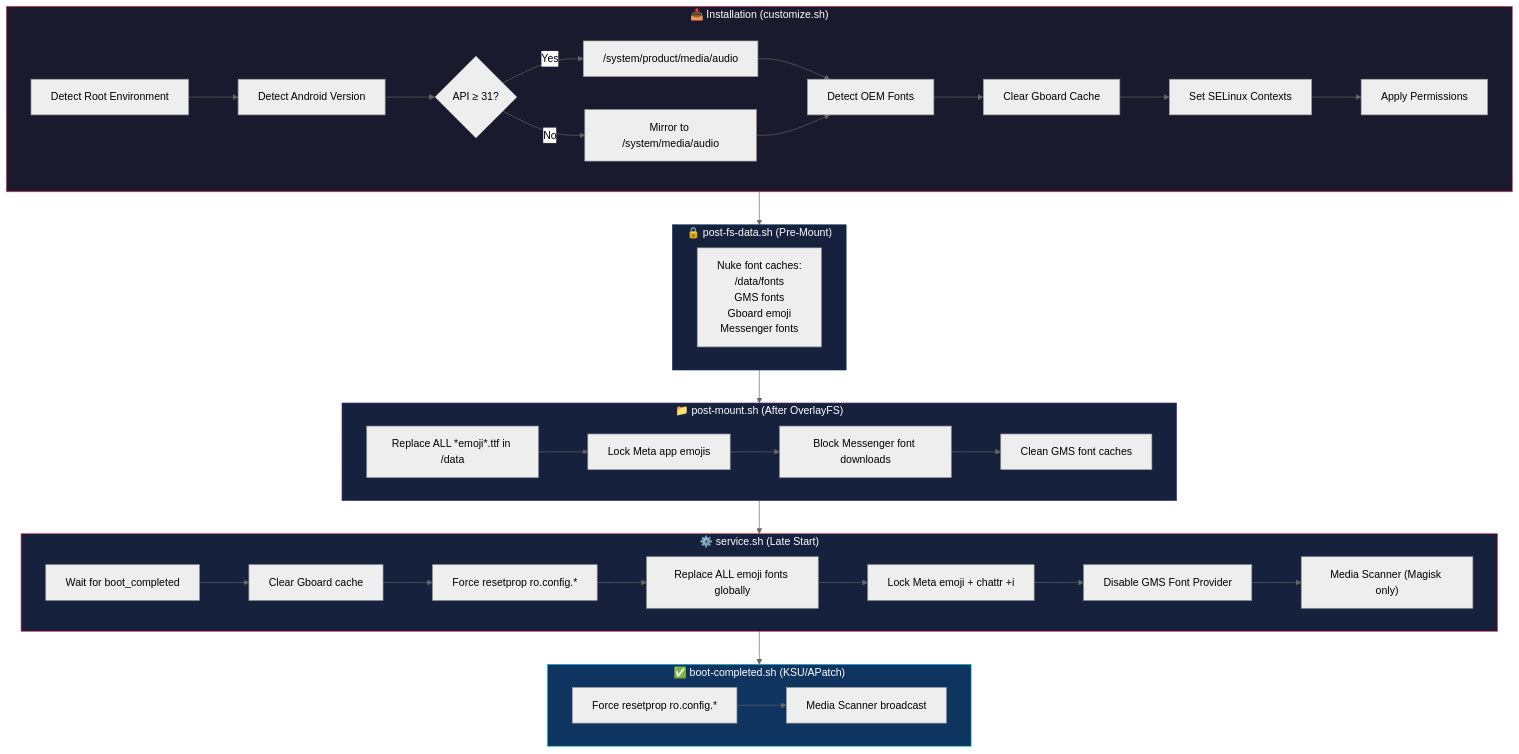
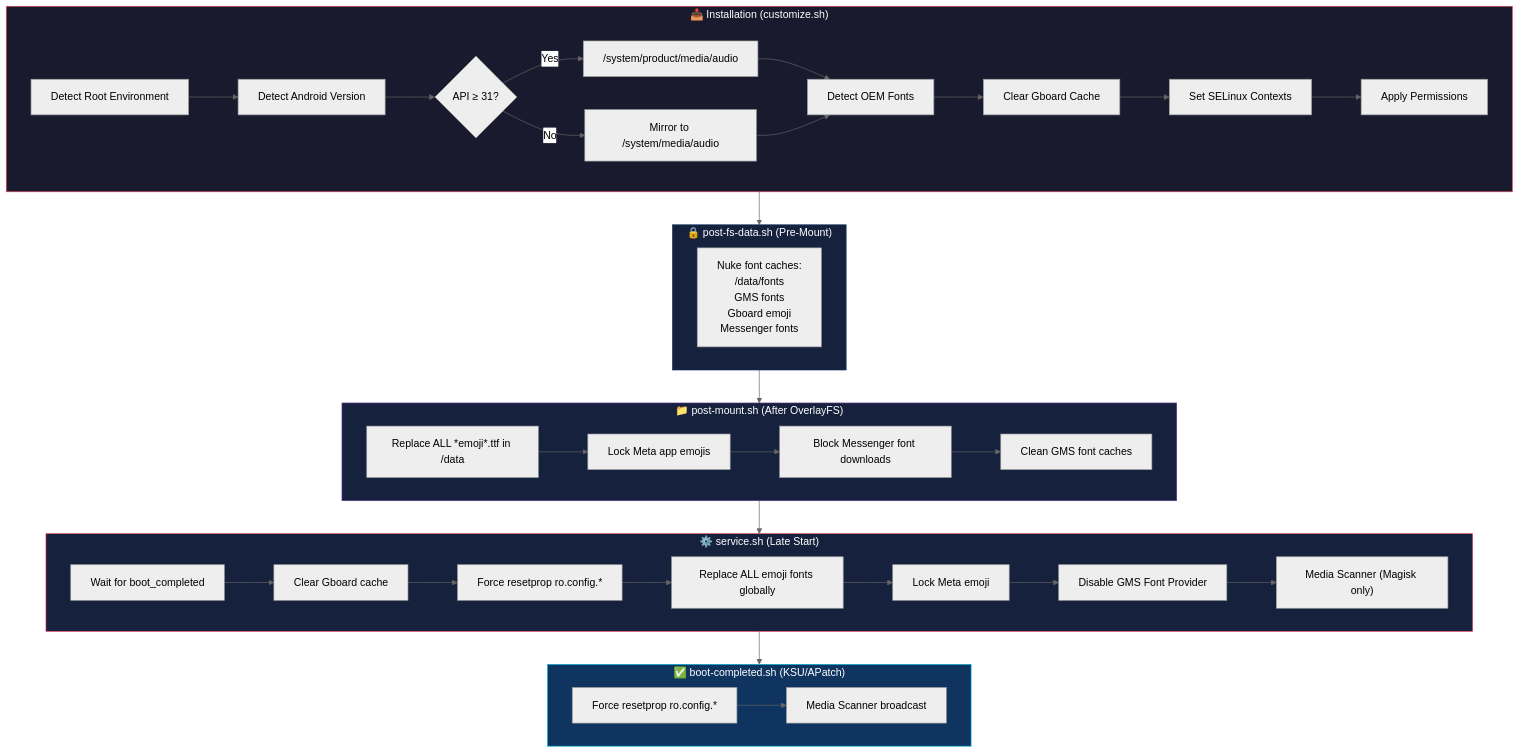
The first of 2 diagrams in README.md (antoniomalheirs/Sound_And_Emoji_IOS), drawn with Mermaid (neutral theme) before and after one commit. The commit also changed other lines of this file and 5 other files, not shown here.

````diff
--- a/README.md
+++ b/README.md
@@ -223,48 +223,48 @@
 ```mermaid
 graph TD
     subgraph INSTALL["📥 Installation (customize.sh)"]
         I1[Detect Root Environment] --> I2[Detect Android Version]
         I2 --> I3{API ≥ 31?}
         I3 -- Yes --> I4["/system/product/media/audio"]
         I3 -- No --> I5["Mirror to /system/media/audio"]
         I4 --> I6[Detect OEM Fonts]
         I5 --> I6
         I6 --> I7[Clear Gboard Cache]
         I7 --> I8[Set SELinux Contexts]
         I8 --> I9[Apply Permissions]
     end
 
     subgraph BOOT1["🔒 post-fs-data.sh (Pre-Mount)"]
         B1["Nuke font caches:<br/>/data/fonts<br/>GMS fonts<br/>Gboard emoji<br/>Messenger fonts"]
     end
 
     subgraph BOOT2["📁 post-mount.sh (After OverlayFS)"]
         B2[Replace ALL *emoji*.ttf in /data] --> B3[Lock Meta app emojis]
         B3 --> B4[Block Messenger font downloads]
         B4 --> B5[Clean GMS font caches]
     end
 
     subgraph BOOT3["⚙️ service.sh (Late Start)"]
         B6[Wait for boot_completed] --> B7[Clear Gboard cache]
         B7 --> B8["Force resetprop ro.config.*"]
         B8 --> B9[Replace ALL emoji fonts globally]
-        B9 --> B10[Lock Meta emoji + chattr +i]
+        B9 --> B10[Lock Meta emoji]
         B10 --> B11[Disable GMS Font Provider]
         B11 --> B12["Media Scanner (Magisk only)"]
     end
 
     subgraph BOOT4["✅ boot-completed.sh (KSU/APatch)"]
         B13["Force resetprop ro.config.*"] --> B14[Media Scanner broadcast]
     end
 
     INSTALL --> BOOT1
     BOOT1 --> BOOT2
     BOOT2 --> BOOT3
     BOOT3 --> BOOT4
 
     style INSTALL fill:#1a1a2e,stroke:#e94560,color:#fff
     style BOOT1 fill:#16213e,stroke:#0f3460,color:#fff
     style BOOT2 fill:#16213e,stroke:#533483,color:#fff
     style BOOT3 fill:#16213e,stroke:#e94560,color:#fff
     style BOOT4 fill:#0f3460,stroke:#00b4d8,color:#fff
 ```
````
